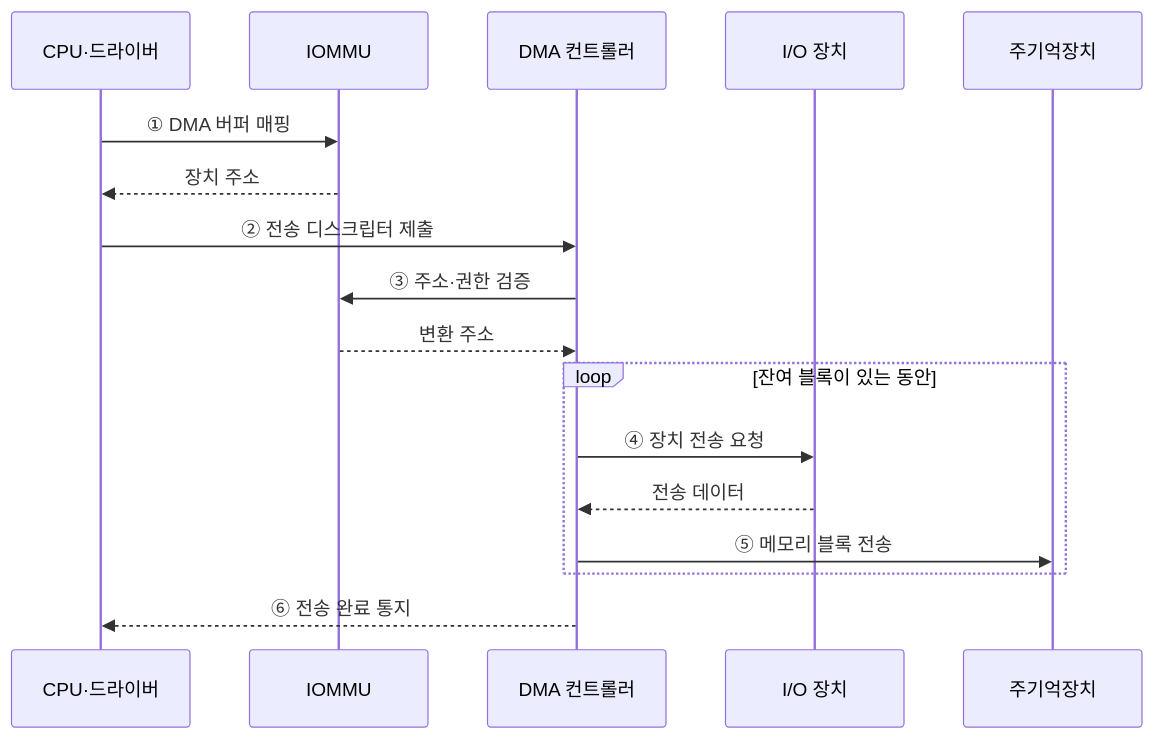
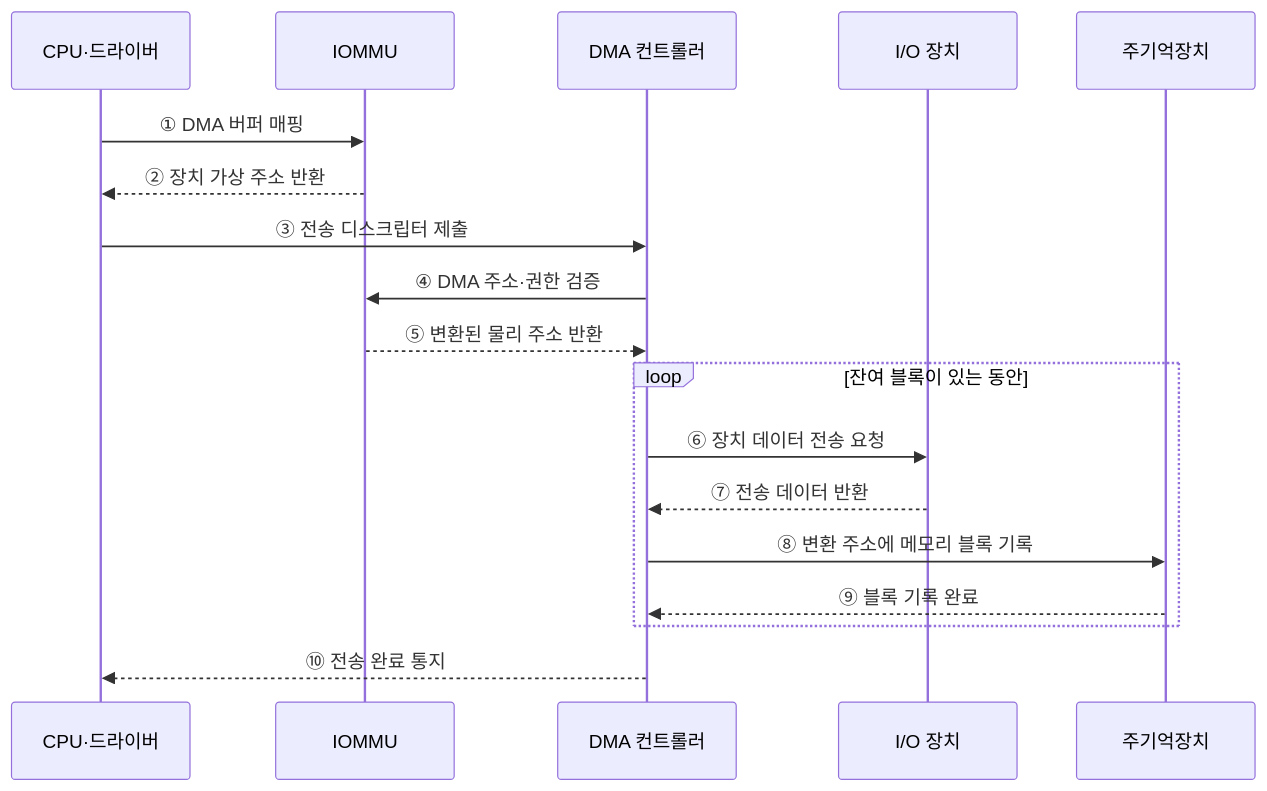
The second of 2 diagrams in src/content/docs/notes/02-hardware/035_dma.md (agnusdei1207/knowledge-base), drawn with Mermaid before and after one commit. The commit also changed other lines of this file and 20 other files, not shown here.

````diff
--- a/src/content/docs/notes/02-hardware/035_dma.md
+++ b/src/content/docs/notes/02-hardware/035_dma.md
@@ -81,19 +83,20 @@
 ```mermaid
 sequenceDiagram
     participant C as CPU·드라이버
     participant U as IOMMU
     participant D as DMA 컨트롤러
     participant I as I/O 장치
     participant M as 주기억장치
     C->>U: ① DMA 버퍼 매핑
-    U-->>C: 장치 주소
-    C->>D: ② 전송 디스크립터 제출
-    D->>U: ③ 주소·권한 검증
-    U-->>D: 변환 주소
+    U-->>C: ② 장치 가상 주소 반환
+    C->>D: ③ 전송 디스크립터 제출
+    D->>U: ④ DMA 주소·권한 검증
+    U-->>D: ⑤ 변환된 물리 주소 반환
     loop 잔여 블록이 있는 동안
-        D->>I: ④ 장치 전송 요청
-        I-->>D: 전송 데이터
-        D->>M: ⑤ 메모리 블록 전송
+        D->>I: ⑥ 장치 데이터 전송 요청
+        I-->>D: ⑦ 전송 데이터 반환
+        D->>M: ⑧ 변환 주소에 메모리 블록 기록
+        M-->>D: ⑨ 블록 기록 완료
     end
-    D-->>C: ⑥ 전송 완료 통지
+    D-->>C: ⑩ 전송 완료 통지
 ```
````
